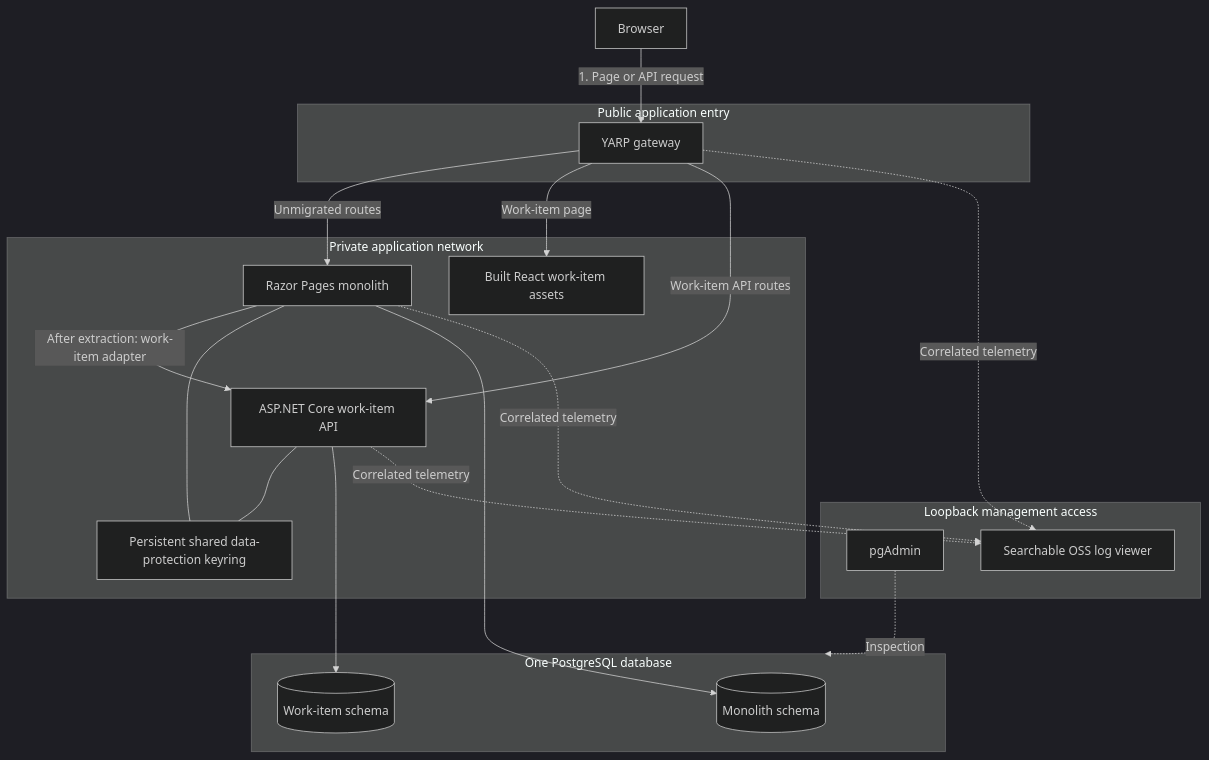
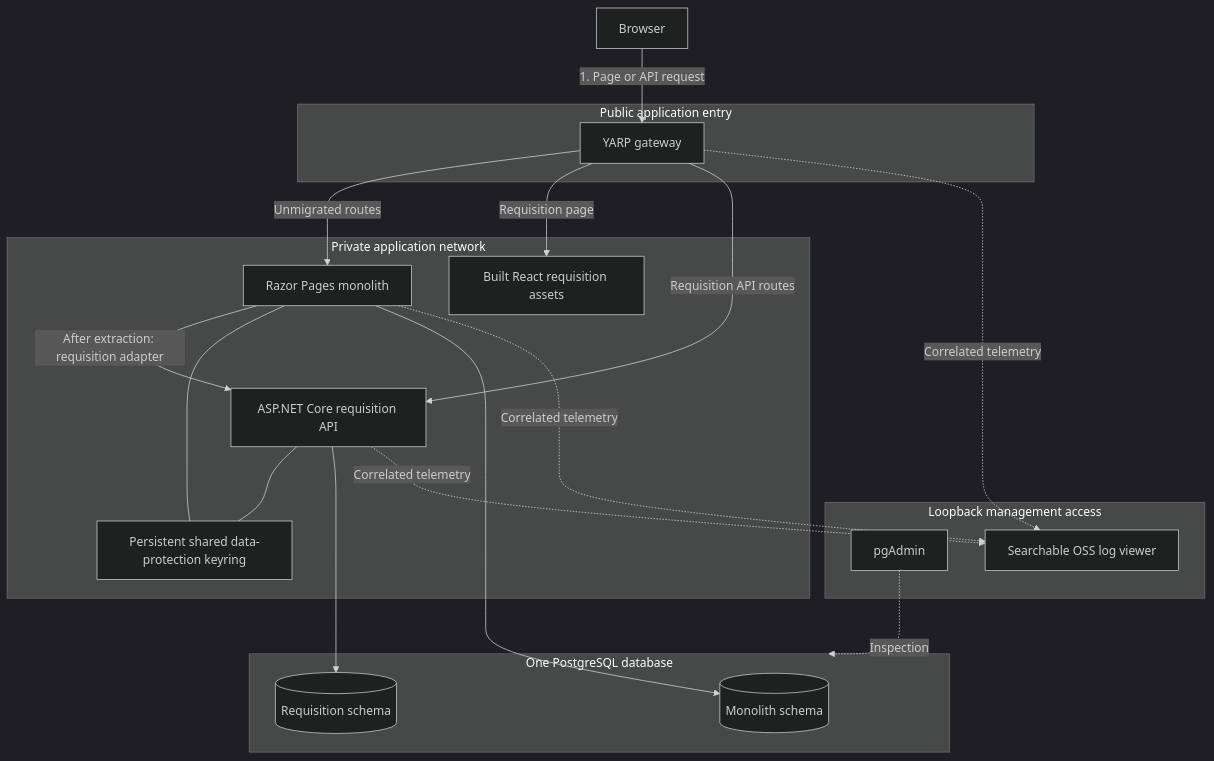
Before and after one commit to junrillg/strangler-fig-razor-react: the first of 2 diagrams in docs/design.md, drawn with Mermaid (dark theme). The commit also changed other lines of this file and 4 other files, not shown here.

````diff
--- a/docs/design.md
+++ b/docs/design.md
@@ -13,34 +13,34 @@
 ```mermaid
 flowchart TB
     Browser[Browser]
     subgraph Public[Public application entry]
       Gateway[YARP gateway]
     end
     subgraph Apps[Private application network]
       Legacy[Razor Pages monolith]
-      UI[Built React work-item assets]
-      API[ASP.NET Core work-item API]
+      UI[Built React requisition assets]
+      API[ASP.NET Core requisition API]
       Keys[Persistent shared data-protection keyring]
     end
     subgraph Database[One PostgreSQL database]
       Monolith[(Monolith schema)]
-      WorkItems[(Work-item schema)]
+      Requisitions[(Requisition schema)]
     end
     subgraph Inspection[Loopback management access]
       PGAdmin[pgAdmin]
       Logs[Searchable OSS log viewer]
     end
     Browser -->|1. Page or API request| Gateway
     Gateway -->|Unmigrated routes| Legacy
-    Gateway -->|Work-item page| UI
-    Gateway -->|Work-item API routes| API
-    Legacy -->|After extraction: work-item adapter| API
+    Gateway -->|Requisition page| UI
+    Gateway -->|Requisition API routes| API
+    Legacy -->|After extraction: requisition adapter| API
     Legacy --- Keys
     API --- Keys
     Legacy --> Monolith
-    API --> WorkItems
+    API --> Requisitions
     PGAdmin -. Inspection .-> Database
     Gateway -. Correlated telemetry .-> Logs
     Legacy -. Correlated telemetry .-> Logs
     API -. Correlated telemetry .-> Logs
 ```
````
